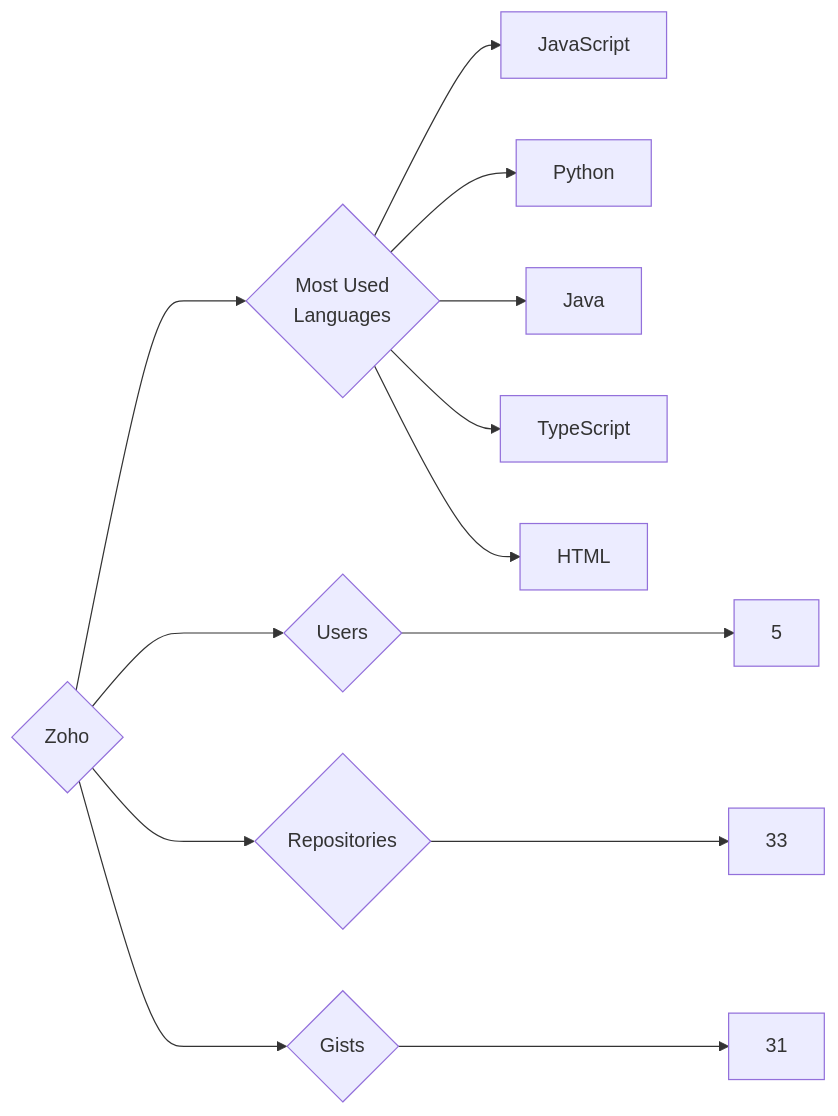
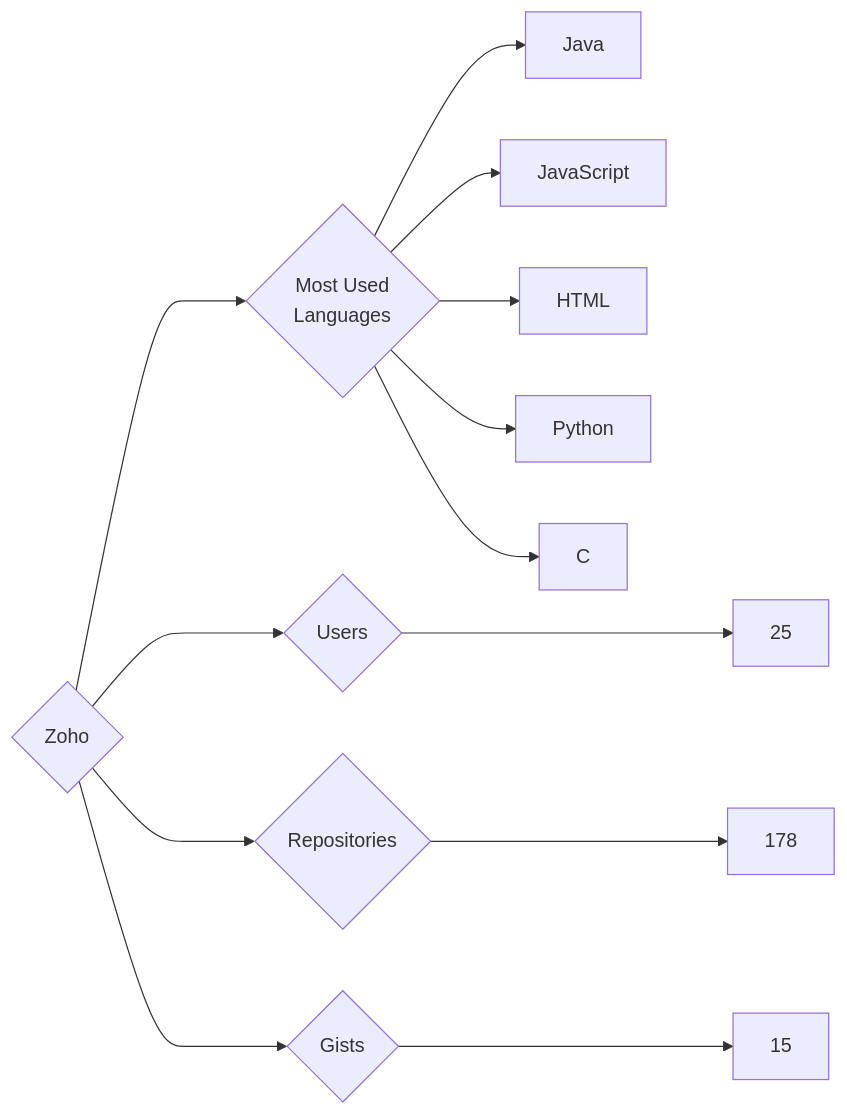
The diagram in targets/Zoho/README.md (trickest/insiders), drawn with Mermaid before and after one commit. The commit also changed 677 other files, not shown here.

````diff
--- a/targets/Zoho/README.md
+++ b/targets/Zoho/README.md
@@ -3,13 +3,13 @@
 ```mermaid
 graph LR
 COMPANY_NAME{Zoho}
-COMPANY_NAME ---> U{Users} ---> UN[5]
-COMPANY_NAME ---> R{Repositories} ---> RN[33]
-COMPANY_NAME ---> G{Gists} ---> GN[31]
+COMPANY_NAME ---> U{Users} ---> UN[25]
+COMPANY_NAME ---> R{Repositories} ---> RN[178]
+COMPANY_NAME ---> G{Gists} ---> GN[15]
 COMPANY_NAME ---> ML{Most Used<br>Languages}
+ML --> Java[Java]
 ML --> JavaScript[JavaScript]
+ML --> HTML[HTML]
 ML --> Python[Python]
-ML --> Java[Java]
-ML --> TypeScript[TypeScript]
-ML --> HTML[HTML]
+ML --> C[C]
 ```
````
